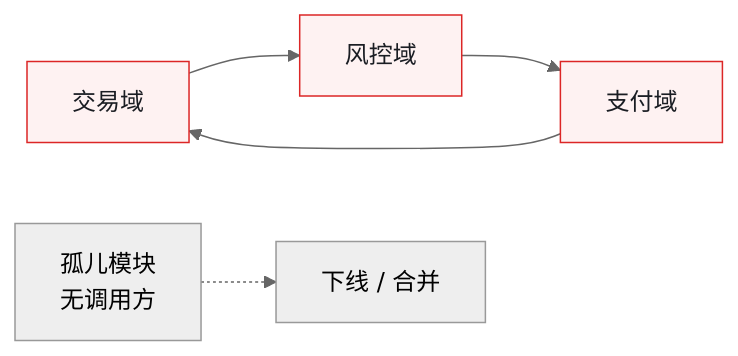
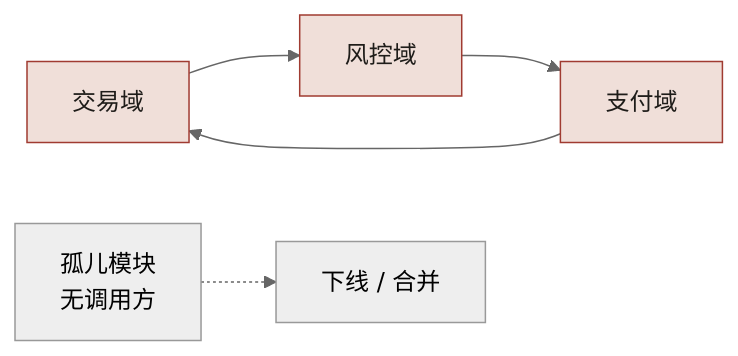
The first of 2 diagrams in docs/manuscript/ch11-第6章-跨团队依赖分析.md (funny8kids/AI_Native_Software_Engineering), drawn with Mermaid (neutral theme) before and after one commit. The commit also changed other lines of this file and 81 other files, not shown here.

````diff
--- a/docs/manuscript/ch11-第6章-跨团队依赖分析.md
+++ b/docs/manuscript/ch11-第6章-跨团队依赖分析.md
@@ -6,10 +8,10 @@
 ```mermaid
 flowchart LR
   A[交易域] --> B[风控域]
   B --> C[支付域]
   C --> A
   D[孤儿模块<br/>无调用方] -.-> X[下线 / 合并]
-  style A fill:#fef2f2,stroke:#dc2626,color:#1a1d23
-  style B fill:#fef2f2,stroke:#dc2626,color:#1a1d23
-  style C fill:#fef2f2,stroke:#dc2626,color:#1a1d23
+  style A fill:#f0dfd9,stroke:#a03b31,color:#1e1c19
+  style B fill:#f0dfd9,stroke:#a03b31,color:#1e1c19
+  style C fill:#f0dfd9,stroke:#a03b31,color:#1e1c19
 ```
````
